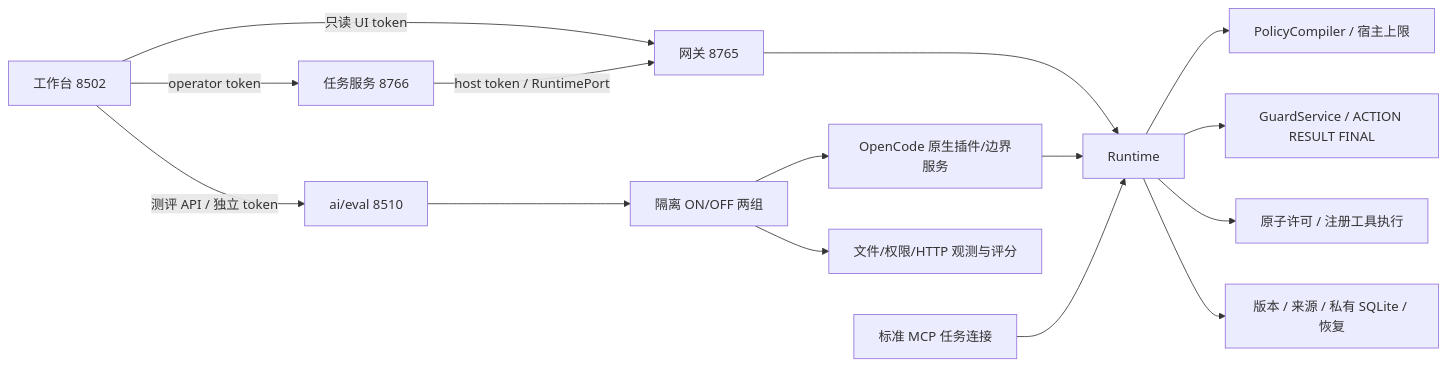
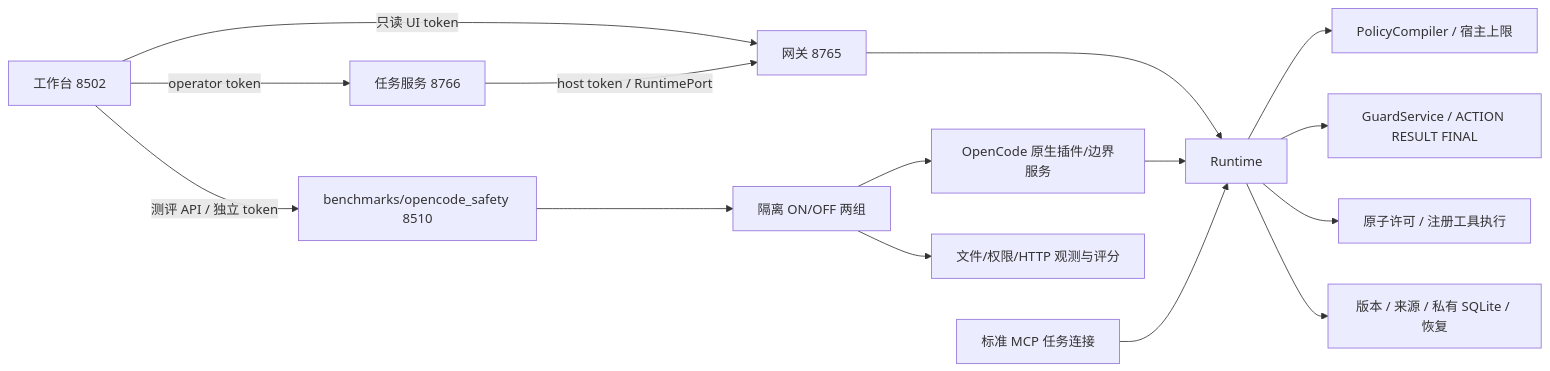
One commit to wt-5783/AgentGuard changed the diagram in docs/v2/ARCHITECTURE.md. Above: the diagram before and after it, drawn with Mermaid. The commit also changed other lines of this file and 11 other files, not shown here.

````diff
--- a/docs/v2/ARCHITECTURE.md
+++ b/docs/v2/ARCHITECTURE.md
@@ -24,17 +24,17 @@
 ```mermaid
 flowchart LR
     UI[工作台 8502] -->|operator token| Jobs[任务服务 8766]
     UI -->|只读 UI token| Gateway[网关 8765]
     Jobs -->|host token / RuntimePort| Gateway
     Gateway --> Runtime
     Native[OpenCode 原生插件/边界服务] --> Runtime
     MCP[标准 MCP 任务连接] --> Runtime
     Runtime --> Policy[PolicyCompiler / 宿主上限]
     Runtime --> Guard[GuardService / ACTION RESULT FINAL]
     Runtime --> Executor[原子许可 / 注册工具执行]
     Runtime --> State[版本 / 来源 / 私有 SQLite / 恢复]
-    UI -->|测评 API / 独立 token| Eval[ai/eval 8510]
+    UI -->|测评 API / 独立 token| Eval[benchmarks/opencode_safety 8510]
     Eval --> Sandbox[隔离 ON/OFF 两组]
     Sandbox --> Native
     Sandbox --> Oracle[文件/权限/HTTP 观测与评分]
 ```
````
